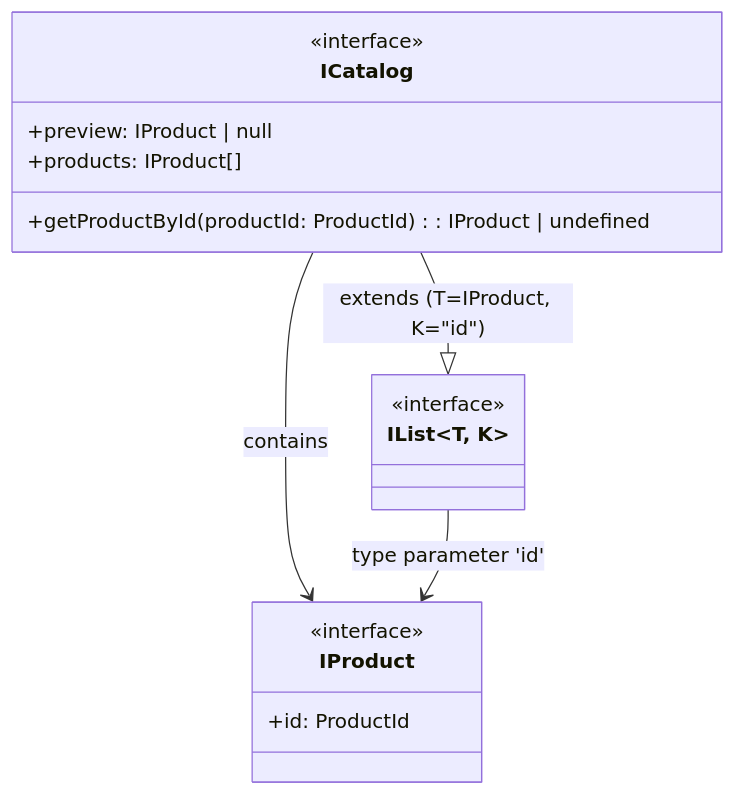
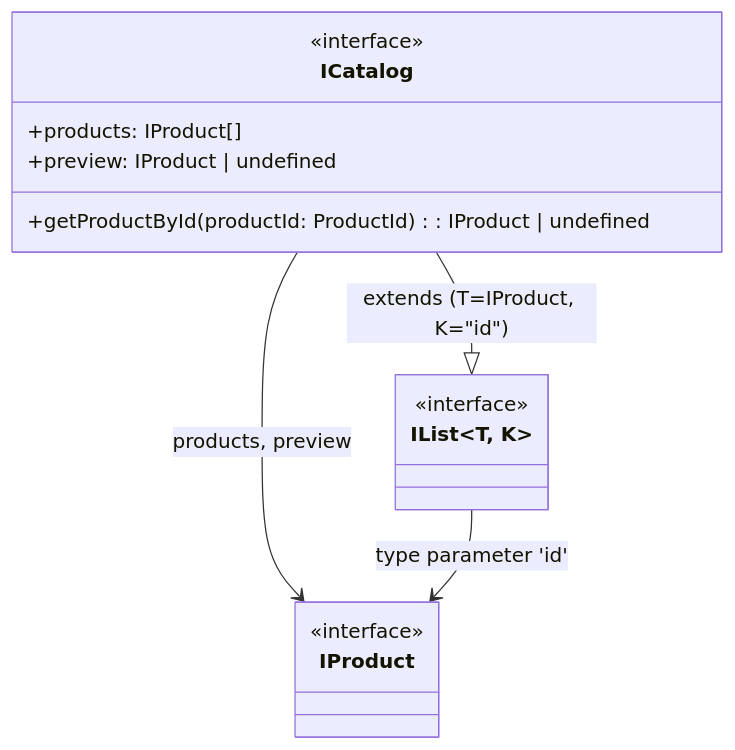
One commit to vvk2020/weblarek changed the ninth of 11 diagrams in README.md. Above: the diagram before and after it, drawn with Mermaid. The commit also changed other lines of this file and 3 other files, not shown here.

````diff
--- a/README.md
+++ b/README.md
@@ -279,22 +411,21 @@
 ```mermaid
 classDiagram
     class ICatalog {
         <<interface>>
-        +preview: IProduct | null
         +products: IProduct[]
+        +preview: IProduct | undefined
         +getProductById(productId: ProductId): IProduct | undefined
     }
 
     class IList~T, K~ {
         <<interface>>
     }
 
     class IProduct {
         <<interface>>
-        +id: ProductId
     }
 
     ICatalog --|> IList~T, K~ : extends (T=IProduct, K="id")
-    ICatalog --> IProduct : contains
+    ICatalog --> IProduct : products, preview
     IList~T, K~ --> IProduct : type parameter 'id'
 ```
````
